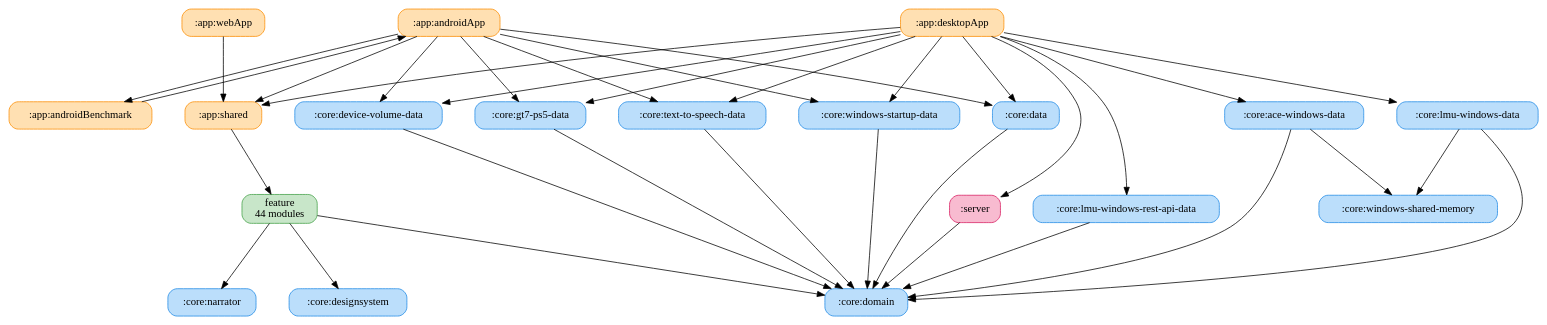
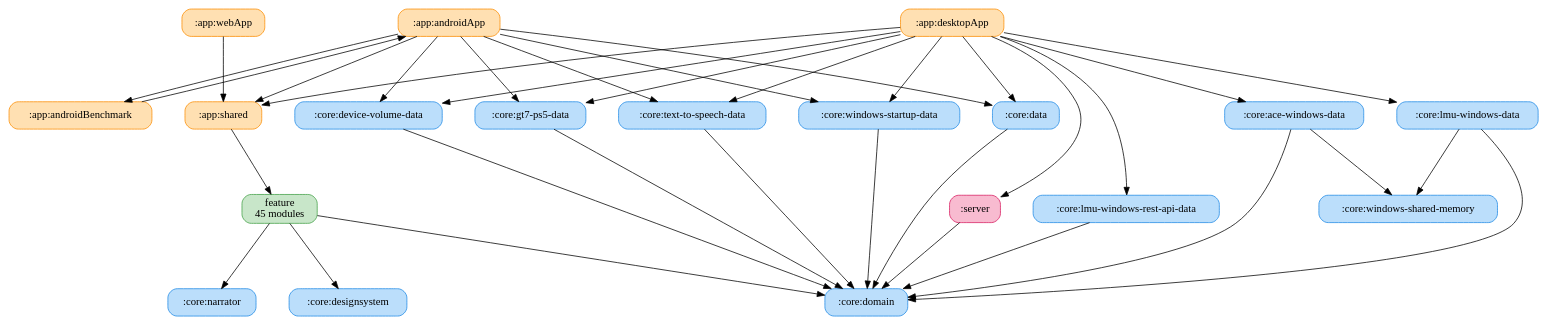
Before and after one commit to ai-kurou/KoDriver: the diagram in docs/graphs/full-graph.gv, drawn with Graphviz. The commit also changed 120 other files, not shown here.

```diff
--- a/docs/graphs/full-graph.gv
+++ b/docs/graphs/full-graph.gv
@@ -1,58 +1,58 @@
 digraph G {
   rankdir=TB
   graph [ranksep=1.2, nodesep=0.6]
   node [shape=box, style="rounded,filled"]
   ":app:androidApp" [label=":app:androidApp", fillcolor="#FFE0B2", color="#FB8C00"]
   ":app:androidBenchmark" [label=":app:androidBenchmark", fillcolor="#FFE0B2", color="#FB8C00"]
   ":app:desktopApp" [label=":app:desktopApp", fillcolor="#FFE0B2", color="#FB8C00"]
   ":app:shared" [label=":app:shared", fillcolor="#FFE0B2", color="#FB8C00"]
   ":app:webApp" [label=":app:webApp", fillcolor="#FFE0B2", color="#FB8C00"]
   ":core:ace-windows-data" [label=":core:ace-windows-data", fillcolor="#BBDEFB", color="#1E88E5"]
   ":core:data" [label=":core:data", fillcolor="#BBDEFB", color="#1E88E5"]
   ":core:designsystem" [label=":core:designsystem", fillcolor="#BBDEFB", color="#1E88E5"]
   ":core:device-volume-data" [label=":core:device-volume-data", fillcolor="#BBDEFB", color="#1E88E5"]
   ":core:domain" [label=":core:domain", fillcolor="#BBDEFB", color="#1E88E5"]
   ":core:gt7-ps5-data" [label=":core:gt7-ps5-data", fillcolor="#BBDEFB", color="#1E88E5"]
   ":core:lmu-windows-data" [label=":core:lmu-windows-data", fillcolor="#BBDEFB", color="#1E88E5"]
   ":core:lmu-windows-rest-api-data" [label=":core:lmu-windows-rest-api-data", fillcolor="#BBDEFB", color="#1E88E5"]
   ":core:narrator" [label=":core:narrator", fillcolor="#BBDEFB", color="#1E88E5"]
   ":core:text-to-speech-data" [label=":core:text-to-speech-data", fillcolor="#BBDEFB", color="#1E88E5"]
   ":core:windows-shared-memory" [label=":core:windows-shared-memory", fillcolor="#BBDEFB", color="#1E88E5"]
   ":core:windows-startup-data" [label=":core:windows-startup-data", fillcolor="#BBDEFB", color="#1E88E5"]
   ":server" [label=":server", fillcolor="#F8BBD0", color="#D81B60"]
-  "feature" [label="feature\n44 modules", fillcolor="#C8E6C9", color="#43A047"]
+  "feature" [label="feature\n45 modules", fillcolor="#C8E6C9", color="#43A047"]
   ":app:androidApp" -> ":app:androidBenchmark"
   ":app:androidApp" -> ":app:shared"
   ":app:androidApp" -> ":core:data"
   ":app:androidApp" -> ":core:device-volume-data"
   ":app:androidApp" -> ":core:gt7-ps5-data"
   ":app:androidApp" -> ":core:text-to-speech-data"
   ":app:androidApp" -> ":core:windows-startup-data"
   ":app:androidBenchmark" -> ":app:androidApp"
   ":app:desktopApp" -> ":app:shared"
   ":app:desktopApp" -> ":core:ace-windows-data"
   ":app:desktopApp" -> ":core:data"
   ":app:desktopApp" -> ":core:device-volume-data"
   ":app:desktopApp" -> ":core:gt7-ps5-data"
   ":app:desktopApp" -> ":core:lmu-windows-data"
   ":app:desktopApp" -> ":core:lmu-windows-rest-api-data"
   ":app:desktopApp" -> ":core:text-to-speech-data"
   ":app:desktopApp" -> ":core:windows-startup-data"
   ":app:desktopApp" -> ":server"
   ":app:shared" -> "feature"
   ":app:webApp" -> ":app:shared"
   ":core:ace-windows-data" -> ":core:domain"
   ":core:ace-windows-data" -> ":core:windows-shared-memory"
   ":core:data" -> ":core:domain"
   ":core:device-volume-data" -> ":core:domain"
   ":core:gt7-ps5-data" -> ":core:domain"
   ":core:lmu-windows-data" -> ":core:domain"
   ":core:lmu-windows-data" -> ":core:windows-shared-memory"
   ":core:lmu-windows-rest-api-data" -> ":core:domain"
   ":core:text-to-speech-data" -> ":core:domain"
   ":core:windows-startup-data" -> ":core:domain"
   ":server" -> ":core:domain"
   "feature" -> ":core:designsystem"
   "feature" -> ":core:domain"
   "feature" -> ":core:narrator"
 }
```
